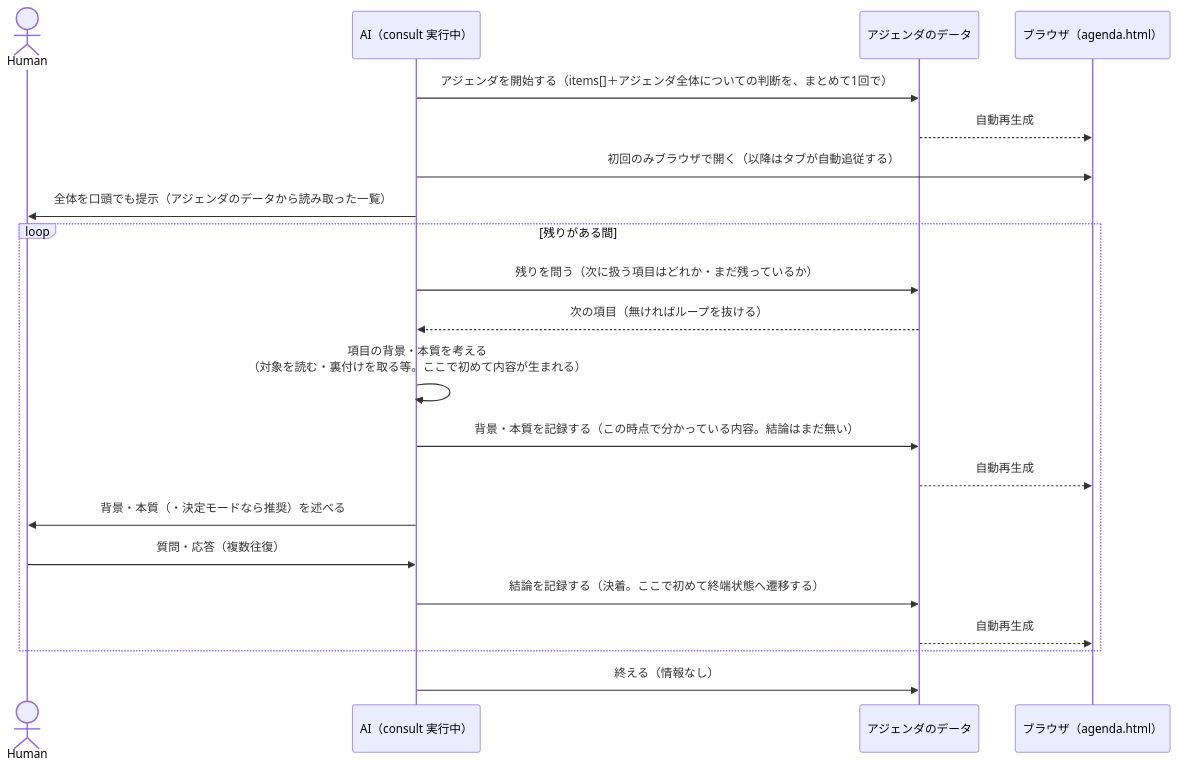
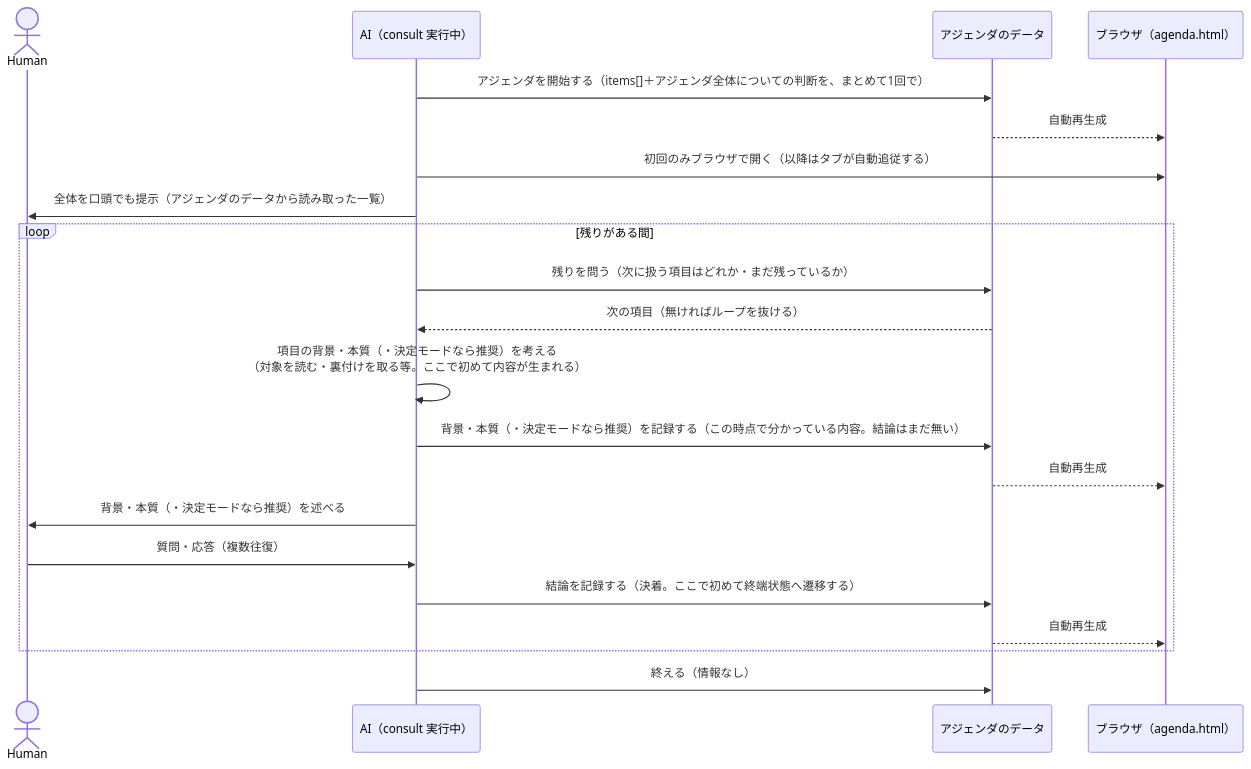
Before and after one commit to BlueEventHorizon/bw-cc-plugins: the third of 3 diagrams in docs/specs/consult/design/DES-078_consult_dialogue_flow_design.md, drawn with Mermaid. The commit also changed other lines of this file and 9 other files, not shown here.

````diff
--- a/docs/specs/consult/design/DES-078_consult_dialogue_flow_design.md
+++ b/docs/specs/consult/design/DES-078_consult_dialogue_flow_design.md
@@ -58,27 +58,27 @@
 ```mermaid
 sequenceDiagram
     actor Human
     participant AI as AI（consult 実行中）
     participant Data as アジェンダのデータ
     participant Browser as ブラウザ（agenda.html）
 
     AI->>Data: アジェンダを開始する（items[]＋アジェンダ全体についての判断を、まとめて1回で）
     Data-->>Browser: 自動再生成
     AI->>Browser: 初回のみブラウザで開く（以降はタブが自動追従する）
     AI->>Human: 全体を口頭でも提示（アジェンダのデータから読み取った一覧）
 
     loop 残りがある間
         AI->>Data: 残りを問う（次に扱う項目はどれか・まだ残っているか）
         Data-->>AI: 次の項目（無ければループを抜ける）
 
-        AI->>AI: 項目の背景・本質を考える<br/>（対象を読む・裏付けを取る等。ここで初めて内容が生まれる）
-        AI->>Data: 背景・本質を記録する（この時点で分かっている内容。結論はまだ無い）
+        AI->>AI: 項目の背景・本質（・決定モードなら推奨）を考える<br/>（対象を読む・裏付けを取る等。ここで初めて内容が生まれる）
+        AI->>Data: 背景・本質（・決定モードなら推奨）を記録する（この時点で分かっている内容。結論はまだ無い）
         Data-->>Browser: 自動再生成
         AI->>Human: 背景・本質（・決定モードなら推奨）を述べる
         Human->>AI: 質問・応答（複数往復）
         AI->>Data: 結論を記録する（決着。ここで初めて終端状態へ遷移する）
         Data-->>Browser: 自動再生成
     end
 
     AI->>Data: 終える（情報なし）
 ```
````
